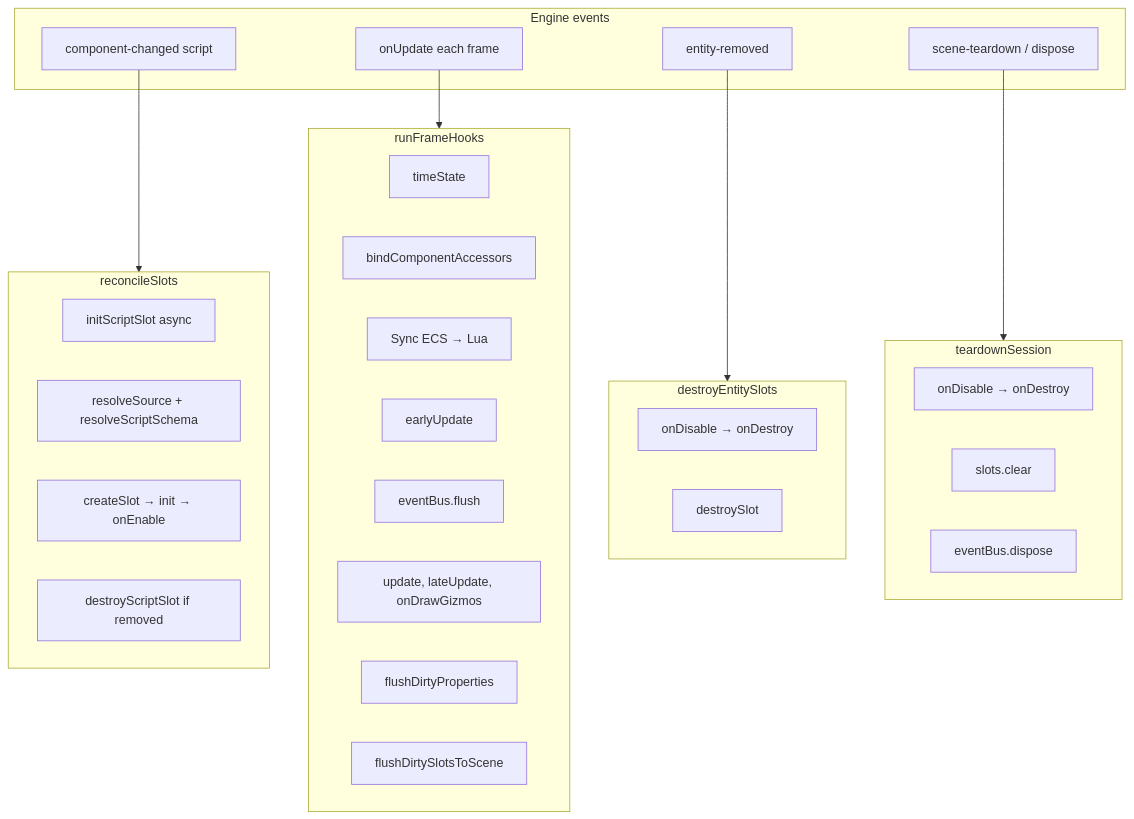
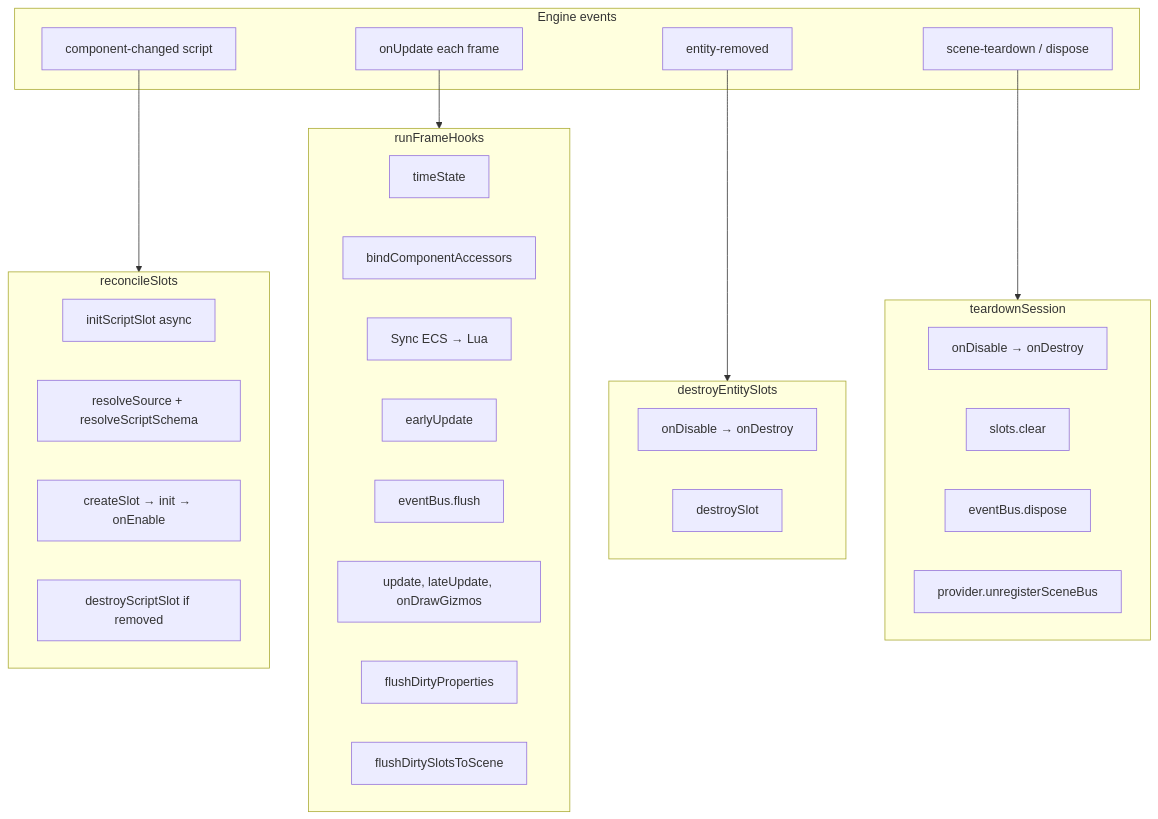
One commit to QADRAX/SpaceDucksMMO changed the second of 6 diagrams in packages/scripting-lua/ARCHITECTURE.md. Above: the diagram before and after it, drawn with Mermaid. The commit also changed other lines of this file and 9 other files, not shown here.

````diff
--- a/packages/scripting-lua/ARCHITECTURE.md
+++ b/packages/scripting-lua/ARCHITECTURE.md
@@ -70,43 +74,44 @@
 ```mermaid
 flowchart TB
     subgraph Events["Engine events"]
         A[component-changed script]
         B[onUpdate each frame]
         C[entity-removed]
         D[scene-teardown / dispose]
     end
 
     subgraph Reconcile["reconcileSlots"]
         R1[initScriptSlot async]
         R2[resolveSource + resolveScriptSchema]
         R3[createSlot → init → onEnable]
         R4[destroyScriptSlot if removed]
     end
 
     subgraph Frame["runFrameHooks"]
         F1[timeState]
         F2[bindComponentAccessors]
         F3[Sync ECS → Lua]
         F4[earlyUpdate]
         F5[eventBus.flush]
         F6[update, lateUpdate, onDrawGizmos]
         F7[flushDirtyProperties]
         F8[flushDirtySlotsToScene]
     end
 
     subgraph Destroy["destroyEntitySlots"]
         D1[onDisable → onDestroy]
         D2[destroySlot]
     end
 
     subgraph Teardown["teardownSession"]
         T1[onDisable → onDestroy]
         T2[slots.clear]
         T3[eventBus.dispose]
+        T4[provider.unregisterSceneBus]
     end
 
     A --> Reconcile
     B --> Frame
     C --> Destroy
     D --> Teardown
 ```
````
